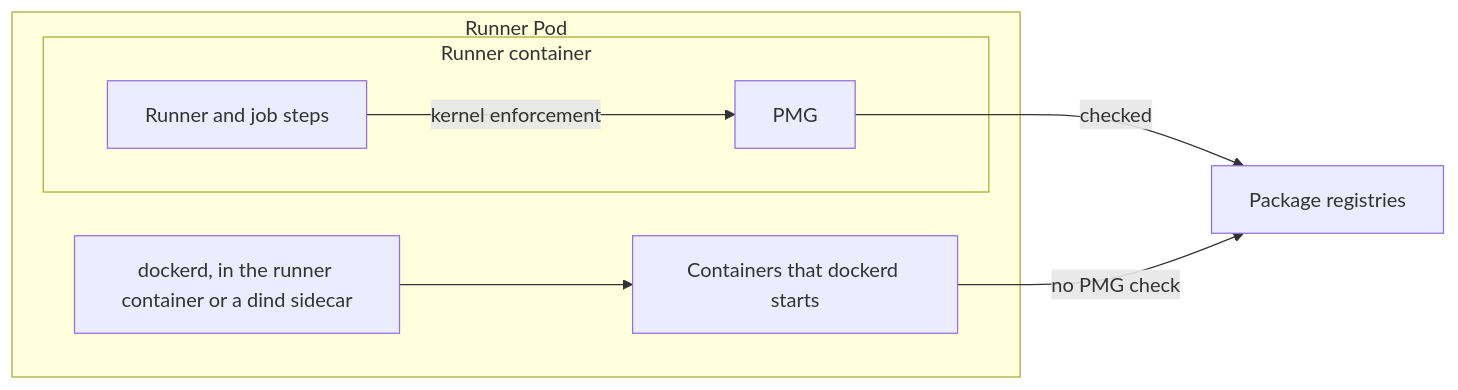
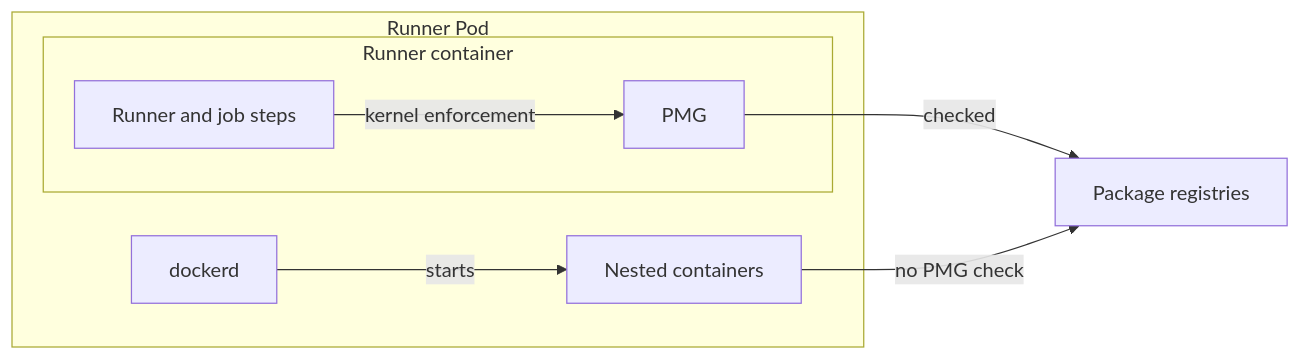
One commit to safedep/docs changed the diagram in package-security/pmg/kubernetes-ci-runners-how-it-works.mdx. Above: the diagram before and after it, drawn with Mermaid. The commit also changed other lines of this file and 2 other files, not shown here.

First line of the commit message:
Address the review on the PMG runner pages

````diff
--- a/package-security/pmg/kubernetes-ci-runners-how-it-works.mdx
+++ b/package-security/pmg/kubernetes-ci-runners-how-it-works.mdx
@@ -13,15 +13,15 @@
 ```mermaid
 graph LR
     subgraph POD[Runner Pod]
         subgraph RC[Runner container]
             STEPS[Runner and job steps]
             PMG[PMG]
         end
-        DOCKERD["dockerd, in the runner container or a dind sidecar"]
-        NESTED[Containers that dockerd starts]
+        DOCKERD[dockerd]
+        NESTED[Nested containers]
     end
     STEPS -->|kernel enforcement| PMG
     PMG -->|checked| REG[Package registries]
-    DOCKERD --> NESTED
+    DOCKERD -->|starts| NESTED
     NESTED -->|no PMG check| REG
 ```
````
